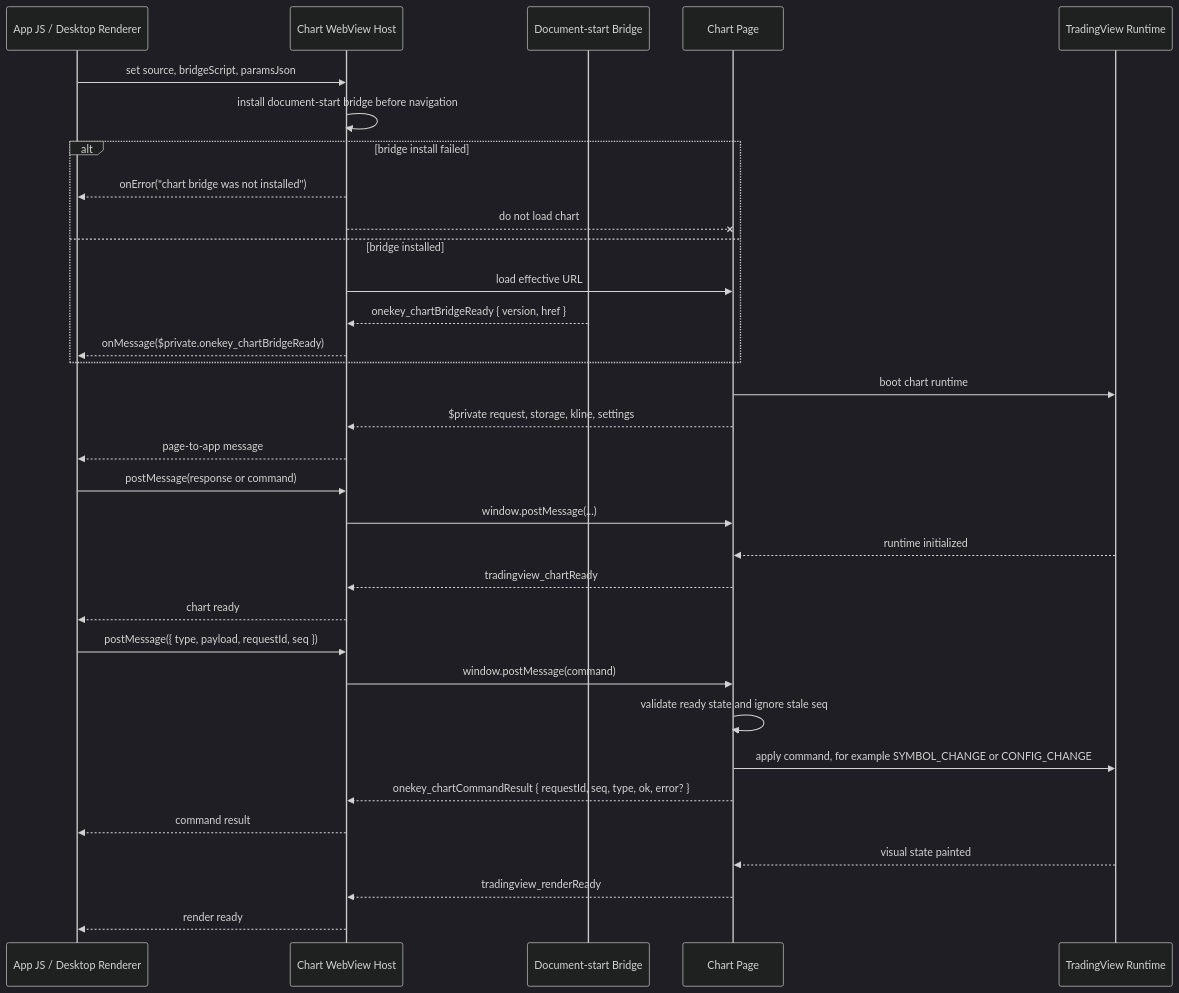
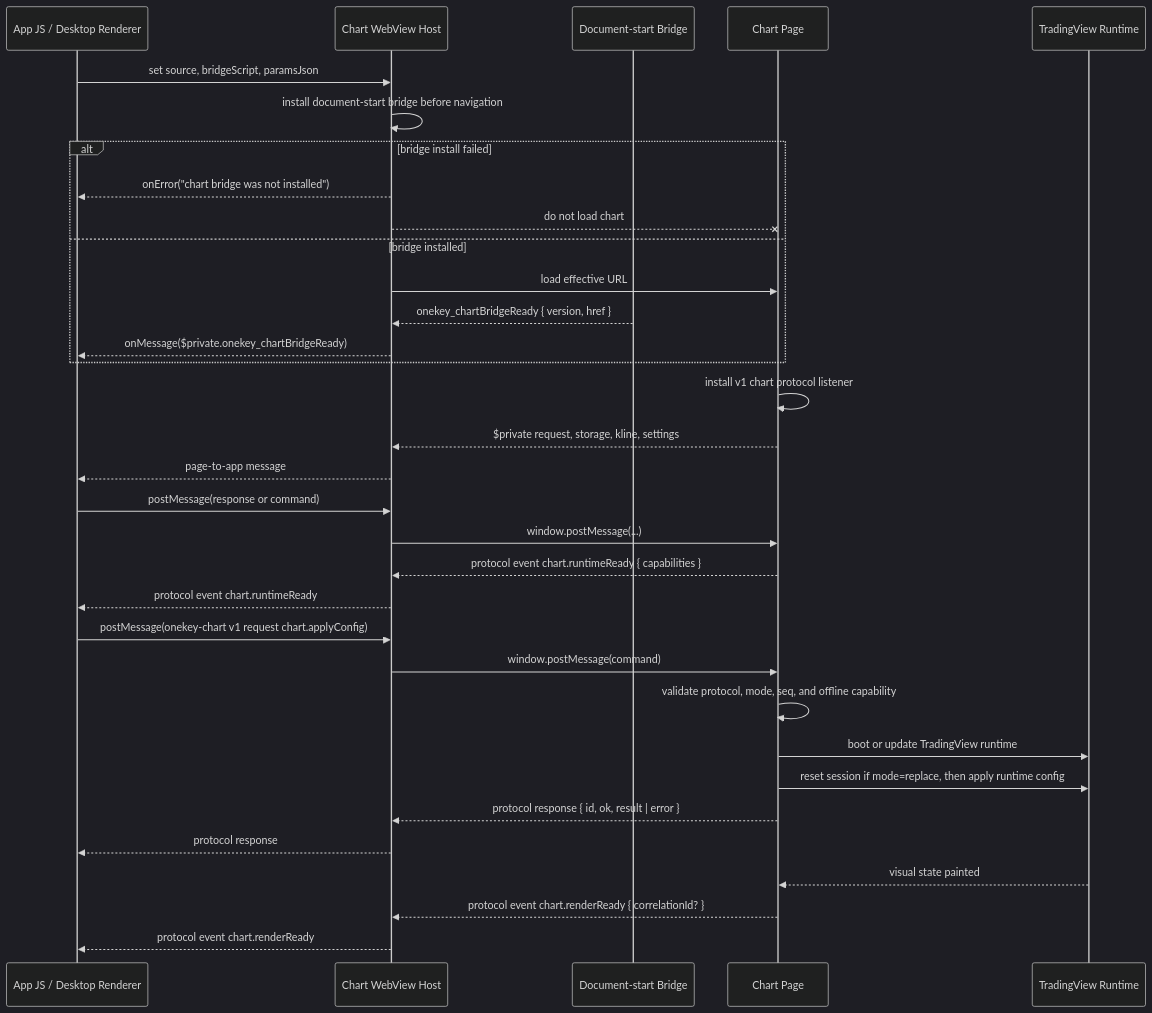
Before and after one commit to OneKeyHQ/app-modules: the first of 2 diagrams in native-views/react-native-chart-webview/SPEC.md, drawn with Mermaid (dark theme). The commit also changed other lines of this file, not shown here.

Commit message:
docs: update chart webview protocol spec

````diff
--- a/native-views/react-native-chart-webview/SPEC.md
+++ b/native-views/react-native-chart-webview/SPEC.md
@@ -288,41 +288,41 @@
 ```mermaid
 sequenceDiagram
   participant App as App JS / Desktop Renderer
   participant Host as Chart WebView Host
   participant Bridge as Document-start Bridge
   participant Page as Chart Page
   participant TV as TradingView Runtime
 
   App->>Host: set source, bridgeScript, paramsJson
   Host->>Host: install document-start bridge before navigation
 
   alt bridge install failed
     Host-->>App: onError("chart bridge was not installed")
     Host--xPage: do not load chart
   else bridge installed
     Host->>Page: load effective URL
     Bridge-->>Host: onekey_chartBridgeReady { version, href }
     Host-->>App: onMessage($private.onekey_chartBridgeReady)
   end
 
-  Page->>TV: boot chart runtime
+  Page->>Page: install v1 chart protocol listener
   Page-->>Host: $private request, storage, kline, settings
   Host-->>App: page-to-app message
   App->>Host: postMessage(response or command)
   Host->>Page: window.postMessage(...)
 
-  TV-->>Page: runtime initialized
-  Page-->>Host: tradingview_chartReady
-  Host-->>App: chart ready
+  Page-->>Host: protocol event chart.runtimeReady { capabilities }
+  Host-->>App: protocol event chart.runtimeReady
 
-  App->>Host: postMessage({ type, payload, requestId, seq })
+  App->>Host: postMessage(onekey-chart v1 request chart.applyConfig)
   Host->>Page: window.postMessage(command)
-  Page->>Page: validate ready state and ignore stale seq
-  Page->>TV: apply command, for example SYMBOL_CHANGE or CONFIG_CHANGE
-  Page-->>Host: onekey_chartCommandResult { requestId, seq, type, ok, error? }
-  Host-->>App: command result
+  Page->>Page: validate protocol, mode, seq, and offline capability
+  Page->>TV: boot or update TradingView runtime
+  Page->>TV: reset session if mode=replace, then apply runtime config
+  Page-->>Host: protocol response { id, ok, result | error }
+  Host-->>App: protocol response
 
   TV-->>Page: visual state painted
-  Page-->>Host: tradingview_renderReady
-  Host-->>App: render ready
+  Page-->>Host: protocol event chart.renderReady { correlationId? }
+  Host-->>App: protocol event chart.renderReady
 ```
````
